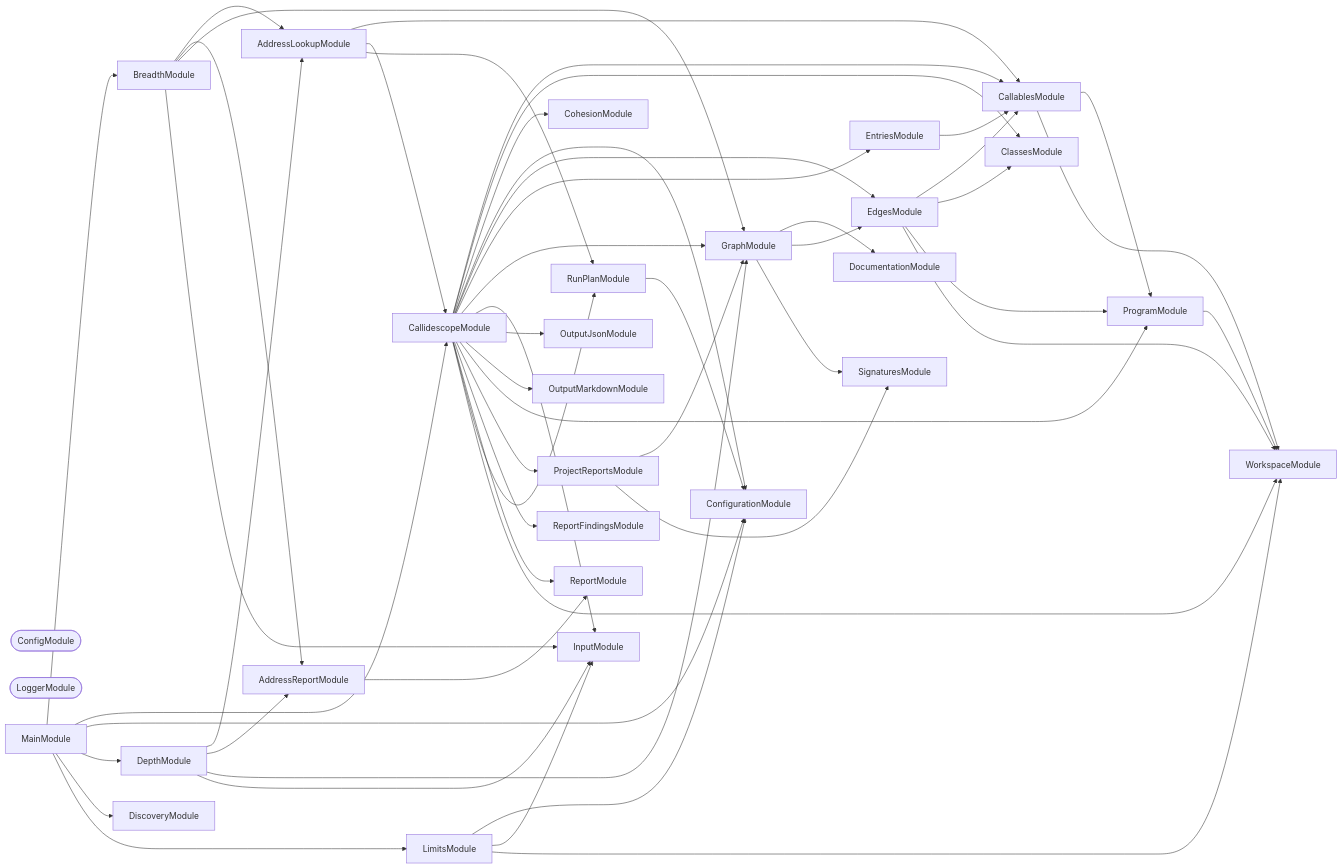
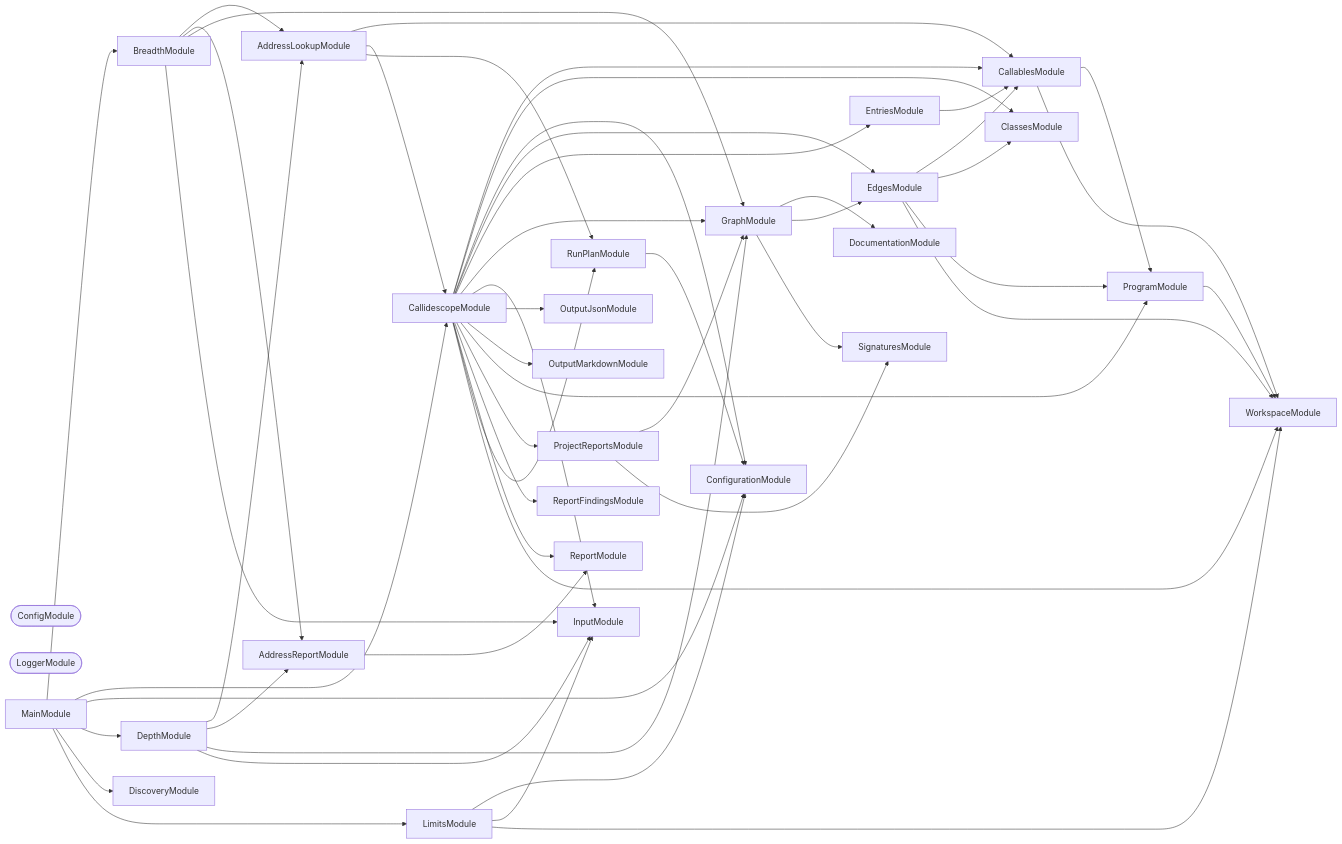
The second of 3 diagrams in packages/callidescope-cli/README.md (JimmyPaolini/codebase), drawn with Mermaid before and after one commit. The commit also changed other lines of this file and 53 other files, not shown here.

Commit message:
refactor(callidescope): ♻️ delete the cohesion analyzer and module identity

````diff
--- a/packages/callidescope-cli/README.md
+++ b/packages/callidescope-cli/README.md
@@ -1010,82 +1001,80 @@
 ```mermaid
 flowchart LR
   AddressLookupModule
   AddressReportModule
   BreadthModule
   CallablesModule
   CallidescopeModule
   ClassesModule
-  CohesionModule
   ConfigModule([ConfigModule])
   ConfigurationModule
   DepthModule
   DiscoveryModule
   DocumentationModule
   EdgesModule
   EntriesModule
   GraphModule
   InputModule
   LimitsModule
   LoggerModule([LoggerModule])
   MainModule
   OutputJsonModule
   OutputMarkdownModule
   ProgramModule
   ProjectReportsModule
   ReportFindingsModule
   ReportModule
   RunPlanModule
   SignaturesModule
   WorkspaceModule
   AddressLookupModule --> CallablesModule
   AddressLookupModule --> CallidescopeModule
   AddressLookupModule --> RunPlanModule
   AddressReportModule --> ReportModule
   BreadthModule --> AddressLookupModule
   BreadthModule --> AddressReportModule
   BreadthModule --> GraphModule
   BreadthModule --> InputModule
   CallablesModule --> ProgramModule
   CallablesModule --> WorkspaceModule
   CallidescopeModule --> CallablesModule
   CallidescopeModule --> ClassesModule
-  CallidescopeModule --> CohesionModule
   CallidescopeModule --> ConfigurationModule
   CallidescopeModule --> EdgesModule
   CallidescopeModule --> EntriesModule
   CallidescopeModule --> GraphModule
   CallidescopeModule --> InputModule
   CallidescopeModule --> OutputJsonModule
   CallidescopeModule --> OutputMarkdownModule
   CallidescopeModule --> ProgramModule
   CallidescopeModule --> ProjectReportsModule
   CallidescopeModule --> ReportFindingsModule
   CallidescopeModule --> ReportModule
   CallidescopeModule --> RunPlanModule
   CallidescopeModule --> WorkspaceModule
   DepthModule --> AddressLookupModule
   DepthModule --> AddressReportModule
   DepthModule --> GraphModule
   DepthModule --> InputModule
   EdgesModule --> CallablesModule
   EdgesModule --> ClassesModule
   EdgesModule --> ProgramModule
   EdgesModule --> WorkspaceModule
   EntriesModule --> CallablesModule
   GraphModule --> DocumentationModule
   GraphModule --> EdgesModule
   GraphModule --> SignaturesModule
   LimitsModule --> ConfigurationModule
   LimitsModule --> InputModule
   LimitsModule --> WorkspaceModule
   MainModule --> BreadthModule
   MainModule --> CallidescopeModule
   MainModule --> ConfigurationModule
   MainModule --> DepthModule
   MainModule --> DiscoveryModule
   MainModule --> LimitsModule
   ProgramModule --> WorkspaceModule
   ProjectReportsModule --> GraphModule
   ProjectReportsModule --> SignaturesModule
   RunPlanModule --> ConfigurationModule
 ```
````
